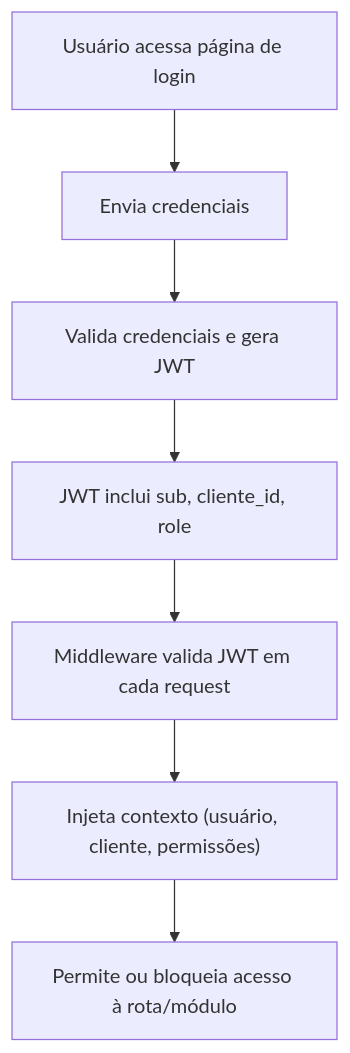
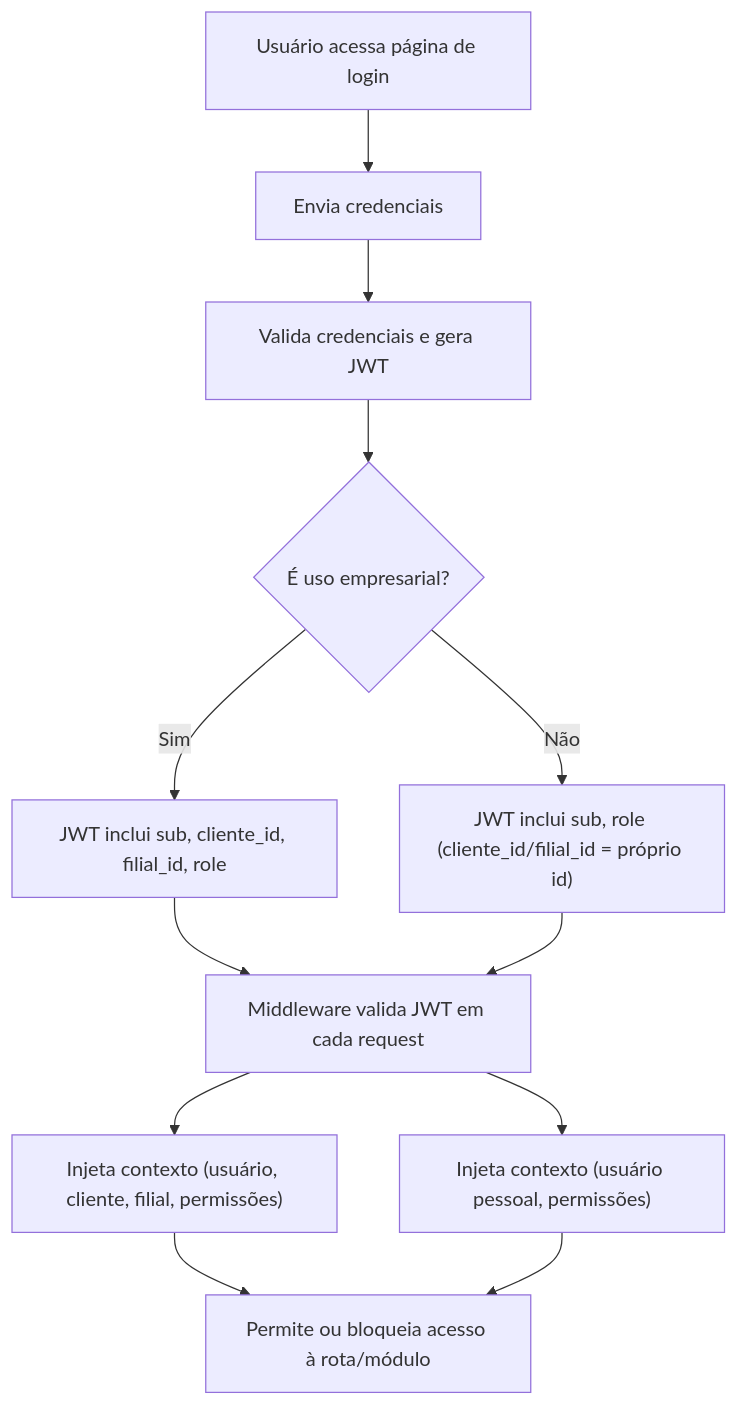
One commit to luizfilipeschaeffer/manager changed the diagram in memory-bank/flow-auth.mmd. Above: the diagram before and after it, drawn with Mermaid. The commit also changed 3 other files, not shown here.

Commit message:
Atualiza fluxos de autenticação, cadastro de usuário, fornecedores e relatórios para incluir lógica de uso empresarial e ajustes nos dados do JWT. Melhora a estrutura dos fluxos com novos passos e validações.

```diff
--- a/memory-bank/flow-auth.mmd
+++ b/memory-bank/flow-auth.mmd
@@ -1,10 +1,14 @@
 flowchart TD
     A1["Usuário acessa página de login"]
     A2["Envia credenciais"]
     A3["Valida credenciais e gera JWT"]
-    A4["JWT inclui sub, cliente_id, role"]
-    A5["Middleware valida JWT em cada request"]
-    A6["Injeta contexto (usuário, cliente, permissões)"]
-    A7["Permite ou bloqueia acesso à rota/módulo"]
+    A4{"É uso empresarial?"}
+    A5["JWT inclui sub, cliente_id, filial_id, role"]
+    A6["JWT inclui sub, role (cliente_id/filial_id = próprio id)"]
+    A7["Middleware valida JWT em cada request"]
+    A8["Injeta contexto (usuário, cliente, filial, permissões)"]
+    A9["Injeta contexto (usuário pessoal, permissões)"]
+    A10["Permite ou bloqueia acesso à rota/módulo"]
     A1 --> A2 --> A3 --> A4
-    A4 --> A5 --> A6 --> A7 
+    A4 -- Sim --> A5 --> A7 --> A8 --> A10
+    A4 -- Não --> A6 --> A7 --> A9 --> A10 
```
